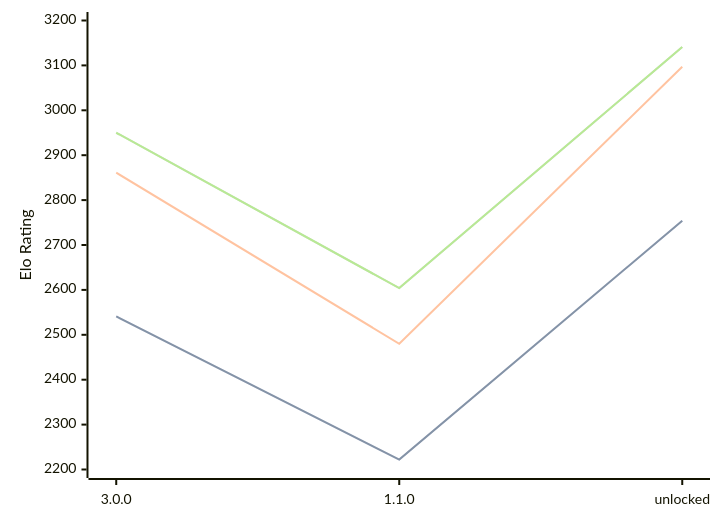
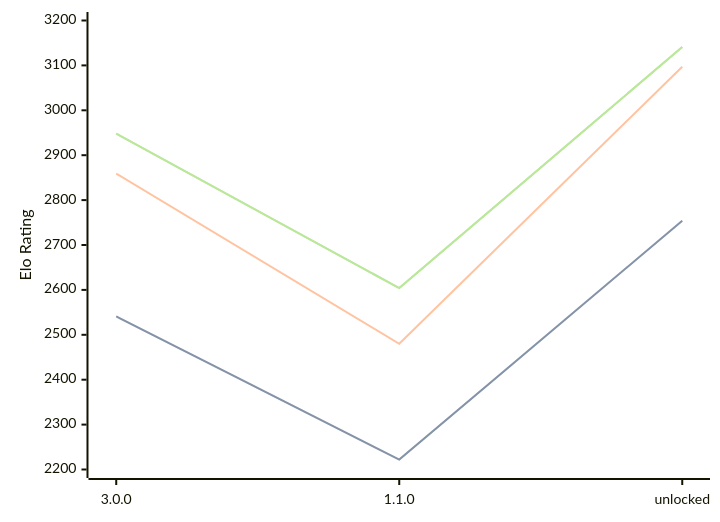
The diagram in engines/Potential.md (computer-chess-index/cci), drawn with Mermaid before and after one commit. The commit also changed other lines of this file, not shown here.

Commit message:
Update CCI Ratings (ELO VLTC) - 2026-09-23

````diff
--- a/engines/Potential.md
+++ b/engines/Potential.md
@@ -33,11 +33,11 @@
 ```mermaid
 %%{init: {"theme":"base","themeVariables":{"seriesColors:['#a3a3a3','#222221','#faa371']}}}%%
 xychart-beta
   x-axis ["3.0.0", "1.1.0", "unlocked"]
   y-axis "Elo Rating" 2200 --> 3200
   line "" [2541, 2222, 2754]
   line "STC (8.0+0.08s)" [2541, 2222, 2754]
-  line "LTC (60.0+0.60s)" [2861, 2480, 3097]
-  line "" [2950, 2604, 3141]
-  line "VLTC (2m24s+1.12s)" [2950, 2604, 3141]
+  line "LTC (60.0+0.60s)" [2859, 2480, 3097]
+  line "" [2948, 2604, 3141]
+  line "VLTC (2m24s+1.12s)" [2948, 2604, 3141]
 ```
````
